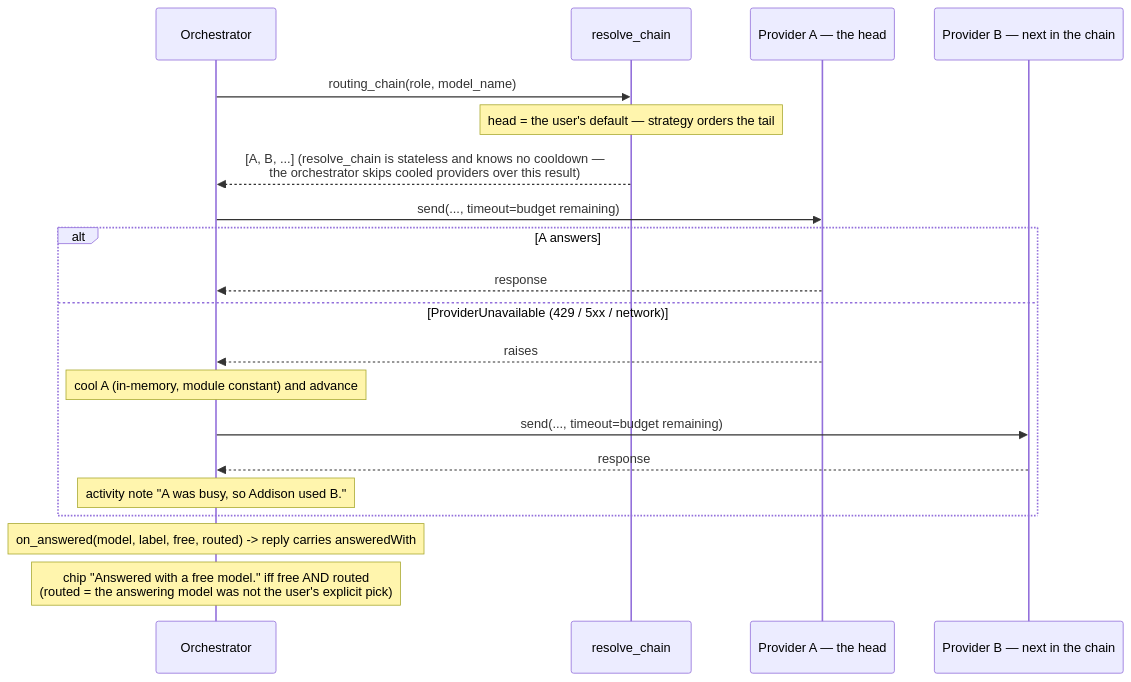
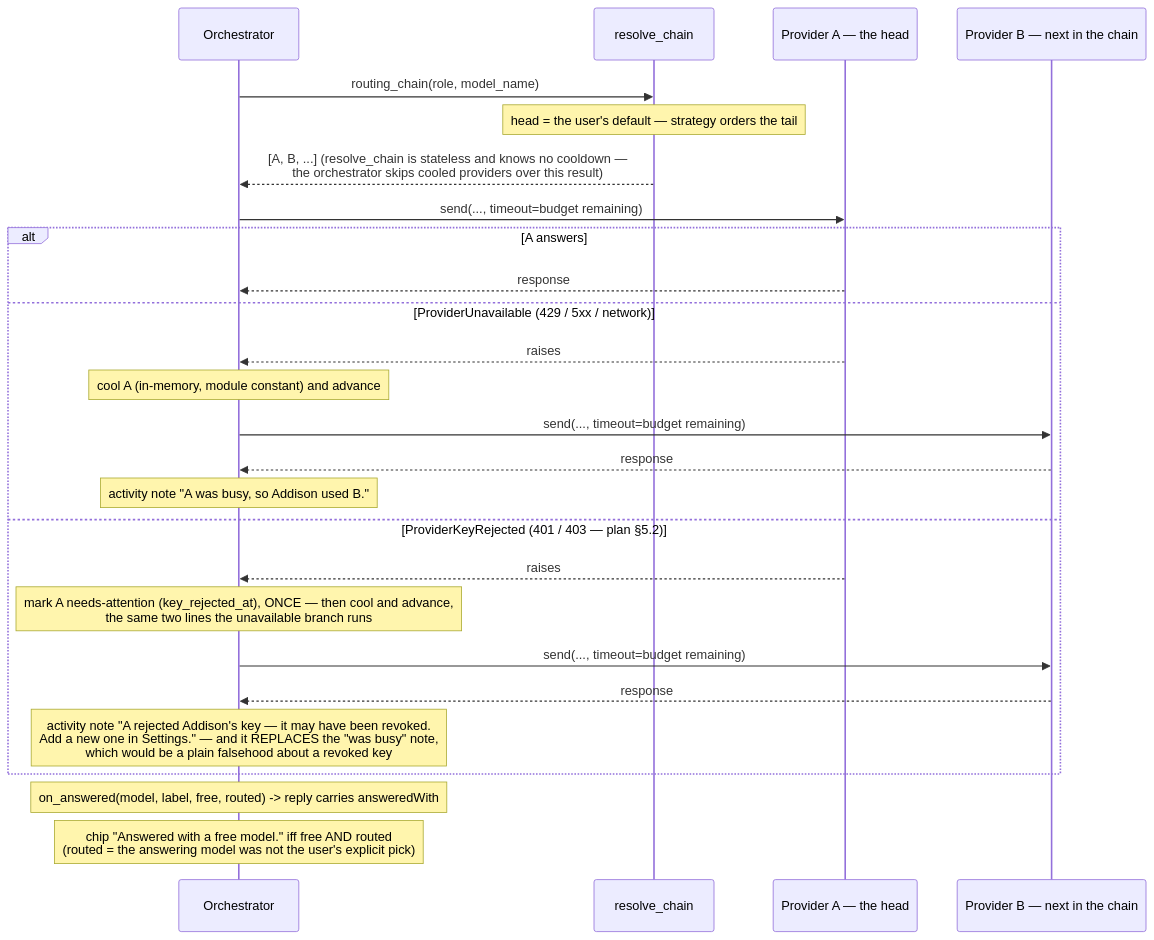
One commit to N041M/Addison changed diagram 14 of 15 in docs/flows.md. Above: the diagram before and after it, drawn with Mermaid. The commit also changed other lines of this file and 19 other files, not shown here.

First line of the commit message:
feat: a rejected key says so once, and a pasted newline never becomes a 401

````diff
--- a/docs/flows.md
+++ b/docs/flows.md
@@ -580,23 +583,29 @@
 ```mermaid
 sequenceDiagram
     participant ORC as Orchestrator
     participant RC as resolve_chain
     participant A as Provider A — the head
     participant B as Provider B — next in the chain
 
     ORC->>RC: routing_chain(role, model_name)
     Note over RC: head = the user's default — strategy orders the tail
     RC-->>ORC: [A, B, ...] (resolve_chain is stateless and knows no cooldown —<br/>the orchestrator skips cooled providers over this result)
     ORC->>A: send(..., timeout=budget remaining)
     alt A answers
         A-->>ORC: response
     else ProviderUnavailable (429 / 5xx / network)
         A-->>ORC: raises
         Note over ORC: cool A (in-memory, module constant) and advance
         ORC->>B: send(..., timeout=budget remaining)
         B-->>ORC: response
         Note over ORC: activity note "A was busy, so Addison used B."
+    else ProviderKeyRejected (401 / 403 — plan §5.2)
+        A-->>ORC: raises
+        Note over ORC: mark A needs-attention (key_rejected_at), ONCE — then cool and advance,<br/>the same two lines the unavailable branch runs
+        ORC->>B: send(..., timeout=budget remaining)
+        B-->>ORC: response
+        Note over ORC: activity note "A rejected Addison's key — it may have been revoked.<br/>Add a new one in Settings." — and it REPLACES the "was busy" note,<br/>which would be a plain falsehood about a revoked key
     end
     Note over ORC: on_answered(model, label, free, routed) -> reply carries answeredWith
     Note over ORC: chip "Answered with a free model." iff free AND routed<br/>(routed = the answering model was not the user's explicit pick)
 ```
````
